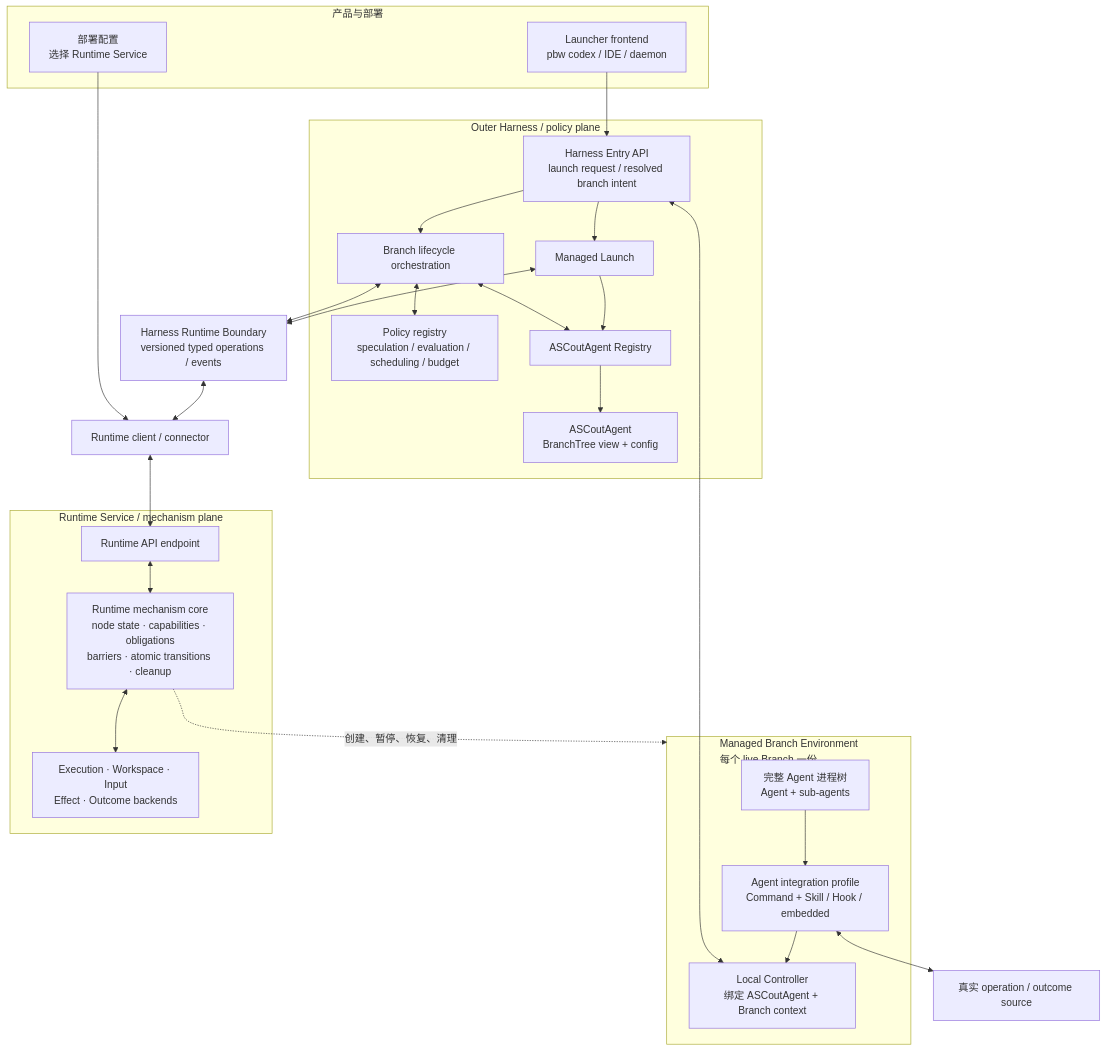
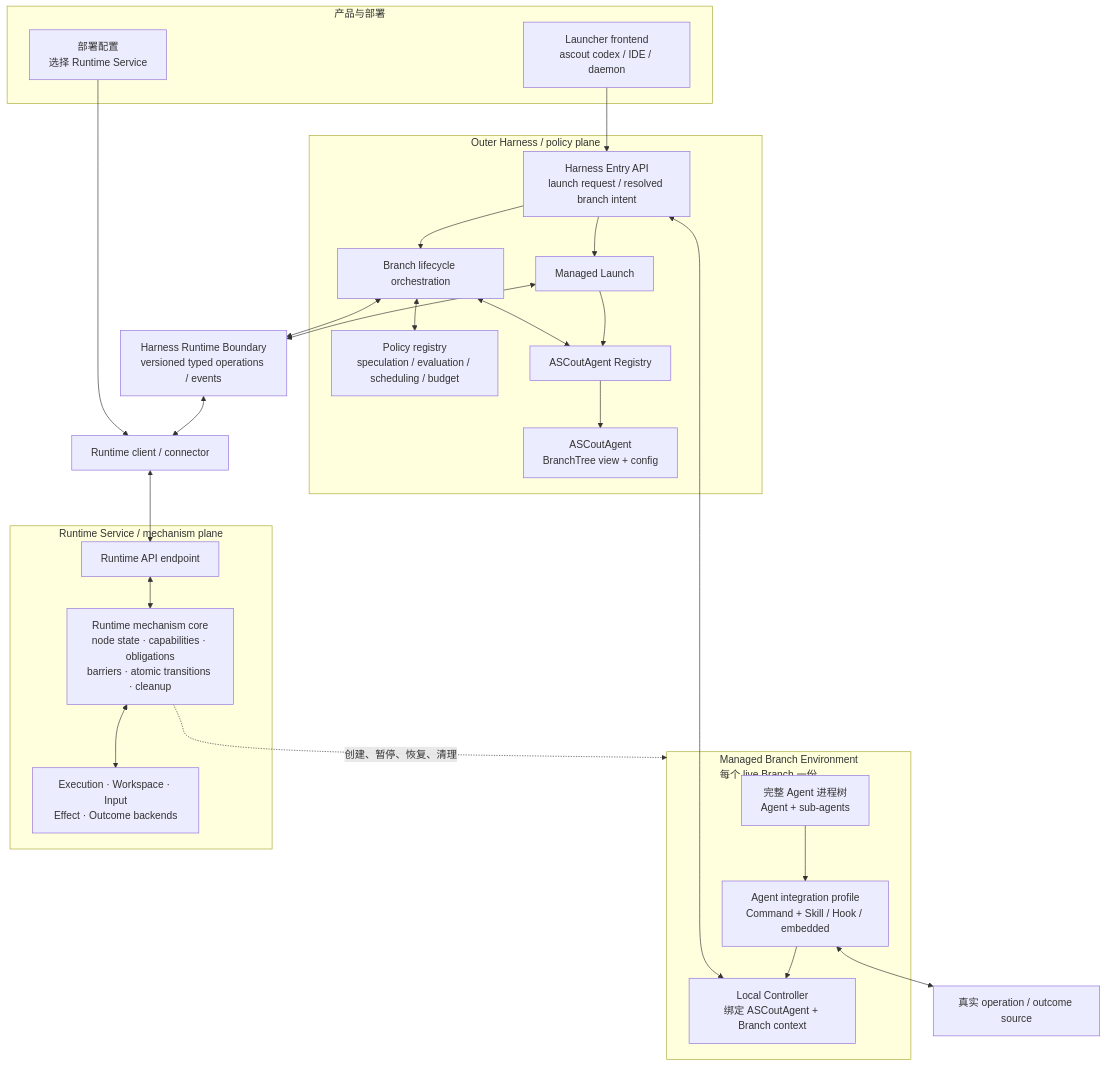
Before and after one commit to bettermultiply/AgentScout: the fifth of 5 diagrams in docs/architecture.md, drawn with Mermaid. The commit also changed other lines of this file and 14 other files, not shown here.

First line of the commit message:
术语收敛与清理：pbw 全量改名 ascout、废弃 skeleton crate 拓扑、收敛 target initialization

````diff
--- a/docs/architecture.md
+++ b/docs/architecture.md
@@ -275,56 +245,56 @@
 ```mermaid
 flowchart TB
 subgraph PRODUCT["产品与部署"]
-FRONTEND["Launcher frontend<br/>pbw codex / IDE / daemon"]
+FRONTEND["Launcher frontend<br/>ascout codex / IDE / daemon"]
 CONFIG["部署配置<br/>选择 Runtime Service"]
 end
 
 subgraph BRANCH["Managed Branch Environment<br/>每个 live Branch 一份"]
 AGENT["完整 Agent 进程树<br/>Agent + sub-agents"]
 PROFILE["Agent integration profile<br/>Command + Skill / Hook / embedded"]
 LOCAL["Local Controller<br/>绑定 ASCoutAgent + Branch context"]
 AGENT --> PROFILE
 PROFILE --> LOCAL
 end
 
 SOURCE["真实 operation / outcome source"]
 PROFILE <--> SOURCE
 
 subgraph HARNESS["Outer Harness / policy plane"]
 ENTRY["Harness Entry API<br/>launch request / resolved branch intent"]
 LAUNCH["Managed Launch"]
 CONTROL["Branch lifecycle orchestration"]
 POLICY["Policy registry<br/>speculation / evaluation / scheduling / budget"]
 REGISTRY["ASCoutAgent Registry"]
 ASCout["ASCoutAgent<br/>BranchTree view + config"]
 
 ENTRY --> LAUNCH
 ENTRY --> CONTROL
 CONTROL <--> POLICY
 LAUNCH --> REGISTRY
 CONTROL <--> REGISTRY
 REGISTRY --> ASCout
 end
 
 BOUNDARY["Harness Runtime Boundary<br/>versioned typed operations / events"]
 CONNECTOR["Runtime client / connector"]
 
 subgraph RUNTIME["Runtime Service / mechanism plane"]
 RUNTIME_API["Runtime API endpoint"]
 CORE["Runtime mechanism core<br/>node state · capabilities · obligations<br/
 >barriers · atomic transitions · cleanup"]
 BACKENDS["Execution · Workspace · Input<br/>Effect · Outcome backends"]
 
 RUNTIME_API <--> CORE
 CORE <--> BACKENDS
 end
 
 FRONTEND --> ENTRY
 LOCAL <--> ENTRY
 LAUNCH <--> BOUNDARY
 CONTROL <--> BOUNDARY
 BOUNDARY <--> CONNECTOR
 CONNECTOR <--> RUNTIME_API
 CONFIG --> CONNECTOR
 CORE -. "创建、暂停、恢复、清理" .-> BRANCH
 ```
````
